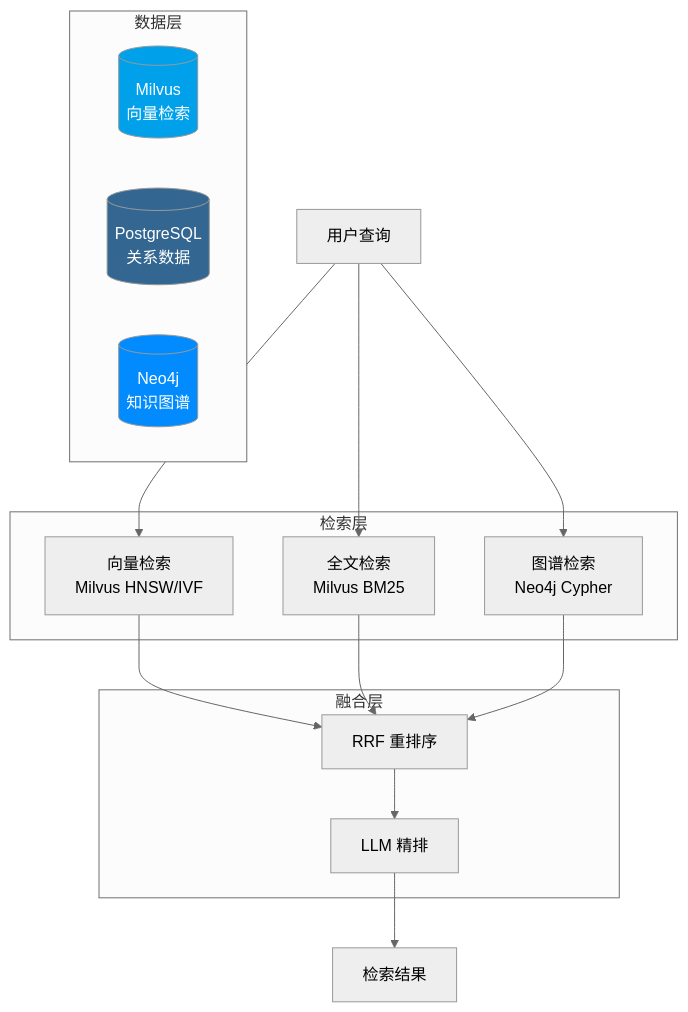
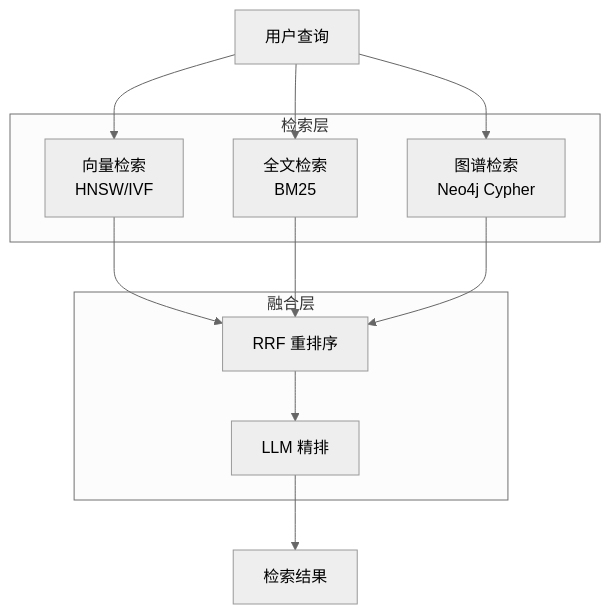
One commit to ThreeFish-AI/agentic-ai-cognizes changed diagram 16 of 16 in docs/research/005-vector-databases.md. Above: the diagram before and after it, drawn with Mermaid (neutral theme). The commit also changed other lines of this file, not shown here.

````diff
--- a/docs/research/005-vector-databases.md
+++ b/docs/research/005-vector-databases.md
@@ -1520,28 +1465,18 @@
 ```mermaid
 graph TB
-    subgraph "数据层"
-        MV[(Milvus<br/>向量检索)]
-        PG[(PostgreSQL<br/>关系数据)]
-        Neo4j[(Neo4j<br/>知识图谱)]
-    end
-
     subgraph "检索层"
-        VEC[向量检索<br/>Milvus HNSW/IVF]
-        FTS[全文检索<br/>Milvus BM25]
+        VEC[向量检索<br/>HNSW/IVF]
+        FTS[全文检索<br/>BM25]
         GRAPH[图谱检索<br/>Neo4j Cypher]
     end
 
     subgraph "融合层"
         RRF[RRF 重排序]
         LLM[LLM 精排]
     end
 
     Query[用户查询] --> VEC & FTS & GRAPH
     VEC & FTS & GRAPH --> RRF
     RRF --> LLM
     LLM --> Result[检索结果]
-
-    style MV fill:#00A1EA,color:#fff
-    style PG fill:#336791,color:#fff
-    style Neo4j fill:#018bff,color:#fff
 ```
````
